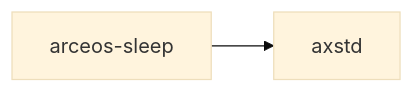
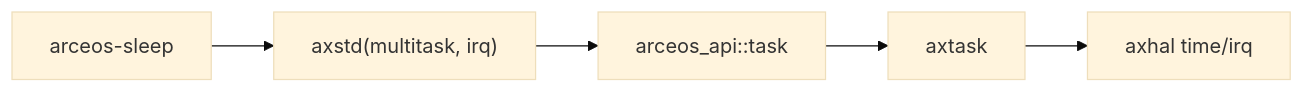
One commit to rcore-os/tgoskits changed the second of 2 diagrams in docs/crates/arceos-sleep.md. Above: the diagram before and after it, drawn with Mermaid (base theme). The commit also changed other lines of this file and 99 other files, not shown here.

````diff
--- a/docs/crates/arceos-sleep.md
+++ b/docs/crates/arceos-sleep.md
@@ -32,5 +76,7 @@
 ```mermaid
 graph LR
-    current["arceos-sleep"]
-    current --> axstd["axstd"]
+    test["arceos-sleep"] --> axstd["axstd(multitask, irq)"]
+    axstd --> arceos_api["arceos_api::task"]
+    arceos_api --> axtask["axtask"]
+    axtask --> axhal["axhal time/irq"]
 ```
````
